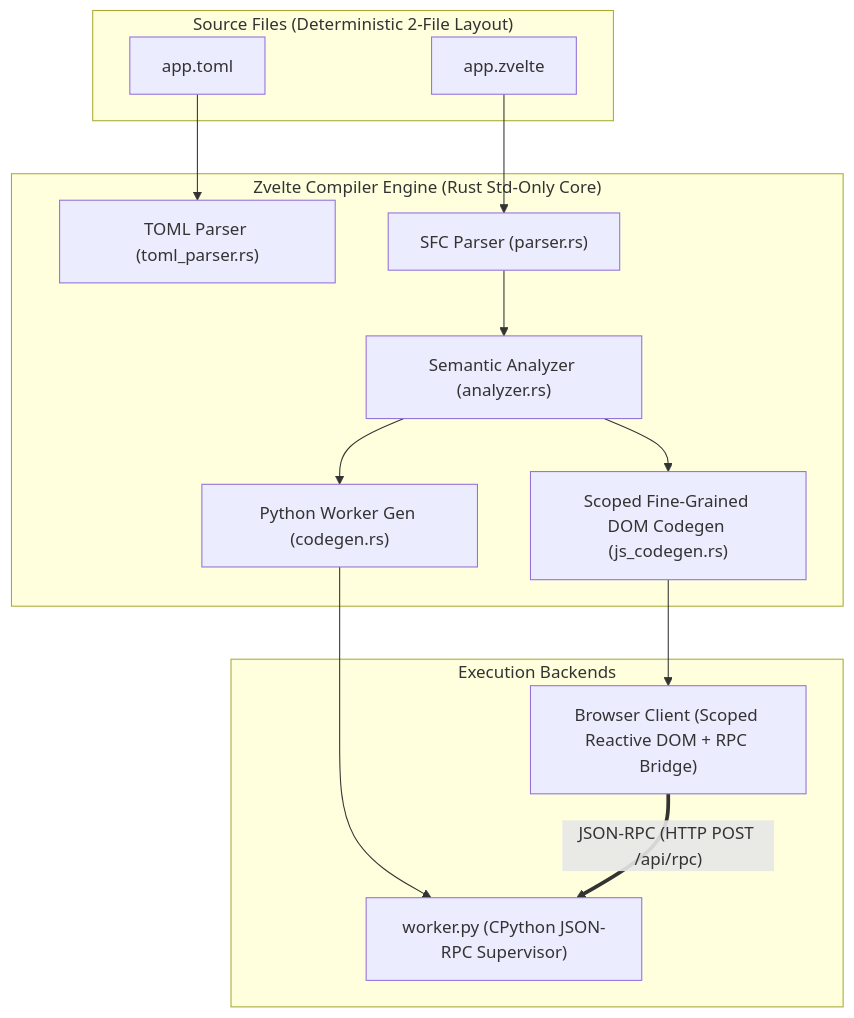
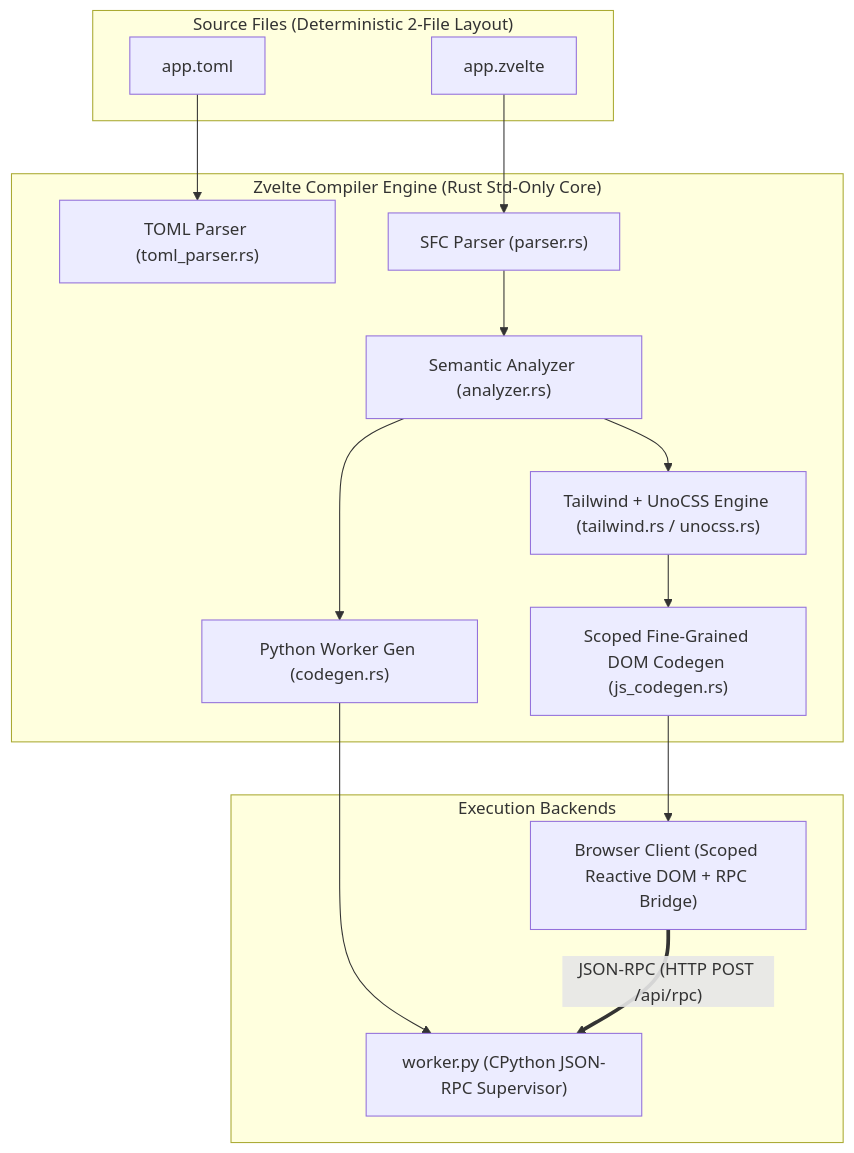
Before and after one commit to babar-xagi/Zvelte: the diagram in README.md, drawn with Mermaid. The commit also changed other lines of this file and 24 other files, not shown here.

Commit message:
feat(v0.0.8): add full zero-dependency built-in UnoCSS engine

````diff
--- a/README.md
+++ b/README.md
@@ -190,30 +191,32 @@
 ```mermaid
 flowchart TD
     subgraph Inputs["Source Files (Deterministic 2-File Layout)"]
         TOML["app.toml"]
         SFC["app.zvelte"]
     end
 
     subgraph Compiler["Zvelte Compiler Engine (Rust Std-Only Core)"]
         CFG["TOML Parser (toml_parser.rs)"]
         PARSER["SFC Parser (parser.rs)"]
         SEM["Semantic Analyzer (analyzer.rs)"]
+        STYLE["Tailwind + UnoCSS Engine (tailwind.rs / unocss.rs)"]
         PYGEN["Python Worker Gen (codegen.rs)"]
         JSGEN["Scoped Fine-Grained DOM Codegen (js_codegen.rs)"]
     end
 
     subgraph Runtime["Execution Backends"]
         PYWORKER["worker.py (CPython JSON-RPC Supervisor)"]
         CLIENT["Browser Client (Scoped Reactive DOM + RPC Bridge)"]
     end
 
     TOML --> CFG
     SFC --> PARSER
     PARSER --> SEM
+    SEM --> STYLE
+    STYLE --> JSGEN
     SEM --> PYGEN
-    SEM --> JSGEN
 
     PYGEN --> PYWORKER
     JSGEN --> CLIENT
     CLIENT == JSON-RPC (HTTP POST /api/rpc) ==> PYWORKER
 ```
````
